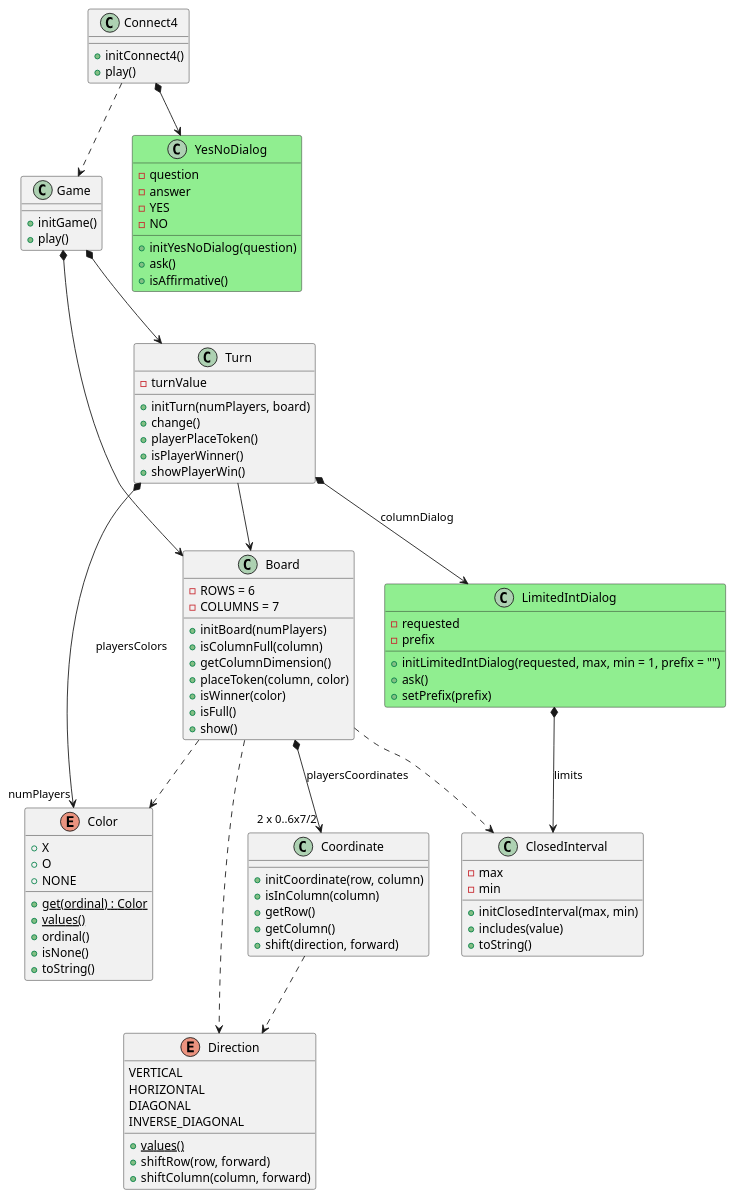
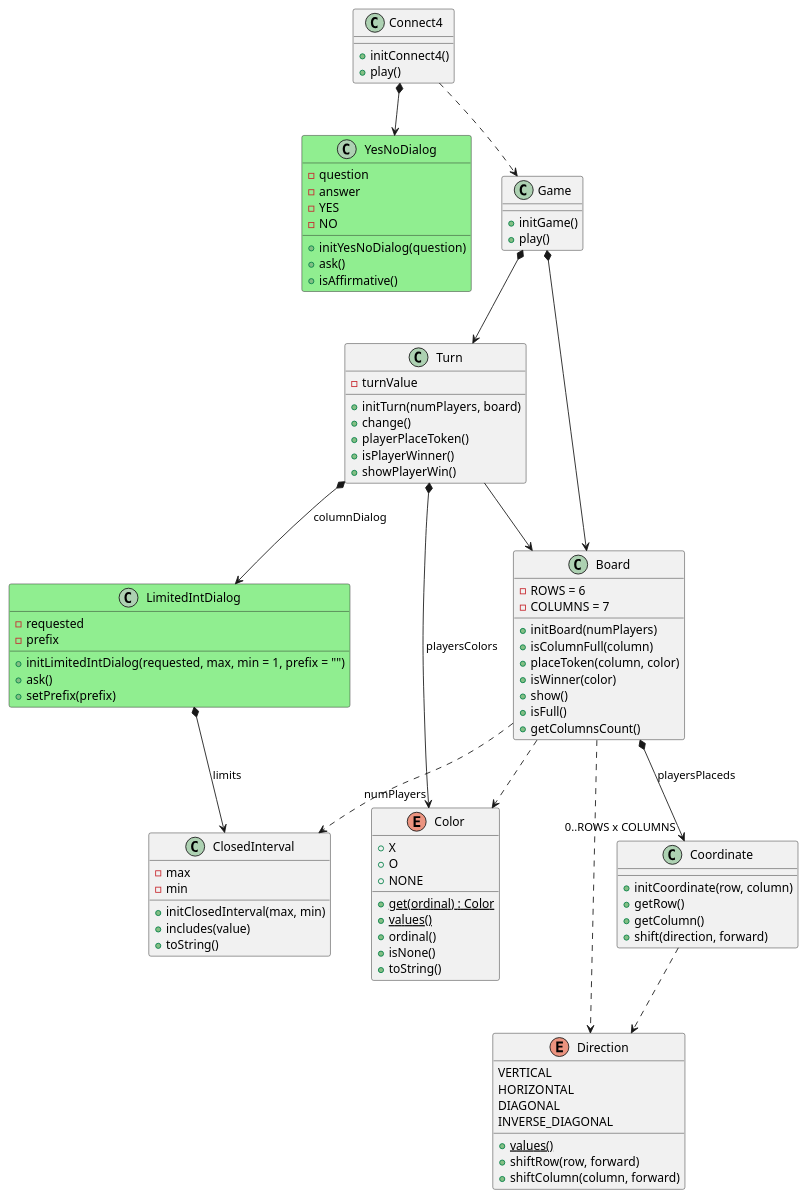
Before and after one commit to PabloMartinFluvia/myGame-connect4: the diagram in docs/dev-resume/src/analysis.plantuml, drawn with PlantUML. The commit also changed 4 other files, not shown here.

```diff
--- a/docs/dev-resume/src/analysis.plantuml
+++ b/docs/dev-resume/src/analysis.plantuml
@@ -1,114 +1,112 @@
 @startuml analysis
 
 class Connect4 {
 
     + initConnect4()
     + play()
 }
+Connect4 *--> YesNoDialog
 Connect4 ..> Game
-Connect4 *--> YesNoDialog
 
 class Game {     
 
     + initGame()
     + play()
 }
 Game *--> Turn
 Game *--> Board
 
 class Turn {
     - turnValue
 
     + initTurn(numPlayers, board)    
     + change()      
     + playerPlaceToken()        
     + isPlayerWinner()
     + showPlayerWin()
 }
 Turn *--> "numPlayers" Color : playersColors
+Turn *--> LimitedIntDialog : columnDialog
 Turn --> Board
-Turn *--> LimitedIntDialog : columnDialog
-
 
 class Board {
     - ROWS = 6
     - COLUMNS = 7
     
     + initBoard(numPlayers)
     + isColumnFull(column)
-    + getColumnDimension()
     + placeToken(column, color)
     + isWinner(color)
+    + show()
     + isFull()
-    + show()
+    + getColumnsCount()
 }
+Board *--> "0..ROWS x COLUMNS" Coordinate : playersPlaceds
 Board ..> ClosedInterval
-Board *--> "2 x 0..6x7/2" Coordinate : playersCoordinates
 Board ..> Direction
 Board ..> Color
 
 class Coordinate {
     + initCoordinate(row, column)
-    + isInColumn(column)
     + getRow()
     + getColumn()
     + shift(direction, forward)
 }
 Coordinate ..> Direction
 
 enum Direction {
     VERTICAL
     HORIZONTAL
     DIAGONAL
     INVERSE_DIAGONAL
 
     + {static} values()
     + shiftRow(row, forward)
     + shiftColumn(column, forward)
 }
 
 enum Color {
     + X
     + O   
     + NONE 
 
     + {static} get(ordinal) : Color  
     + {static} values()  
     + ordinal()
     + isNone()
     + toString()
 }
 
 class YesNoDialog #LightGreen {  
     - question
     - answer   
     - YES
     - NO
 
     + initYesNoDialog(question)
     + ask()
     + isAffirmative()
 }
 
 class LimitedIntDialog #LightGreen {
     - requested
     - prefix
     
 
     + initLimitedIntDialog(requested, max, min = 1, prefix = "") 
     + ask()
     + setPrefix(prefix)
 }
 LimitedIntDialog *--> ClosedInterval : limits
 
 class ClosedInterval {
     - max
     - min
 
     + initClosedInterval(max, min)
     + includes(value)
     + toString()
 }
 
 
 @enduml
```
